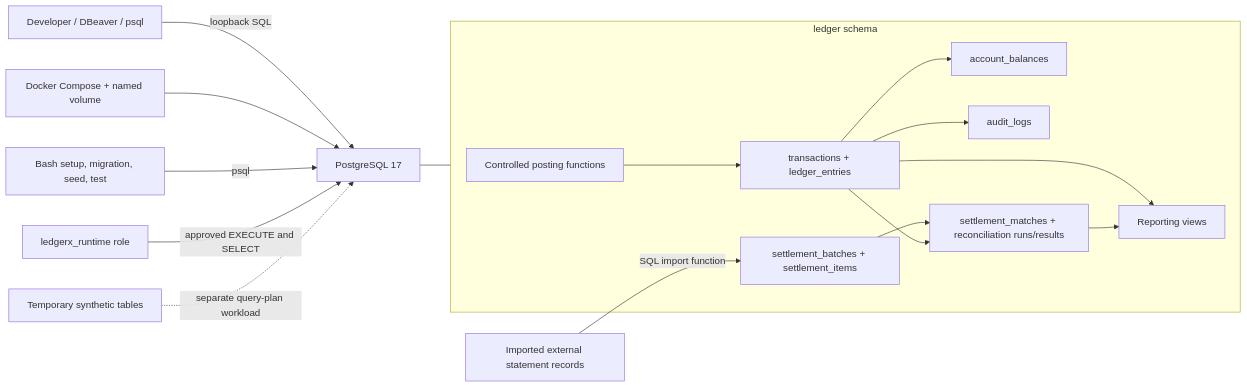
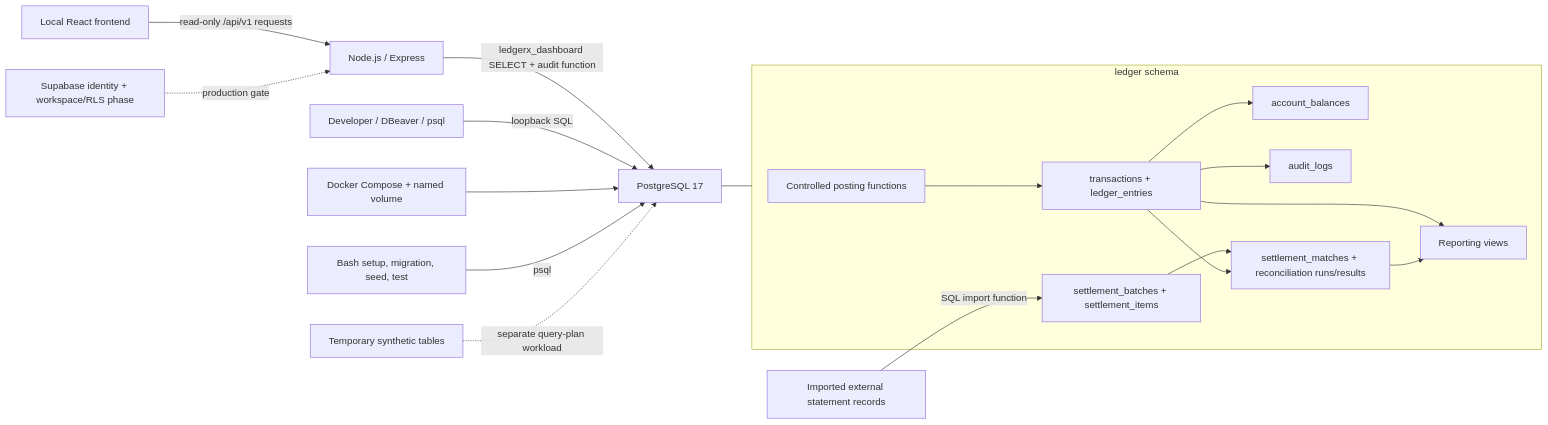
One commit to TheLucifer-07/LEDGERX changed the diagram in docs/system-architecture.md. Above: the diagram before and after it, drawn with Mermaid. The commit also changed other lines of this file and 86 other files, not shown here.

Commit message:
feat: establish Node and React platform foundation

````diff
--- a/docs/system-architecture.md
+++ b/docs/system-architecture.md
@@ -5,27 +5,29 @@
 ```mermaid
 flowchart LR
-    Operator[Developer / DBeaver / psql] -->|loopback SQL| DB[PostgreSQL 17]
+    Browser[Local React frontend] -->|read-only /api/v1 requests| API[Node.js / Express]
+    API -->|ledgerx_dashboard SELECT + audit function| DB[PostgreSQL 17]
+    Operator[Developer / DBeaver / psql] -->|loopback SQL| DB
     Compose[Docker Compose + named volume] --> DB
     Scripts[Bash setup, migration, seed, test] -->|psql| DB
-    Runtime[ledgerx_runtime role] -->|approved EXECUTE and SELECT| DB
 
     subgraph LedgerSchema[ledger schema]
         Operations[Controlled posting functions]
         Journal[transactions + ledger_entries]
         Projection[account_balances]
         Audit[audit_logs]
         Statement[settlement_batches + settlement_items]
         Results[settlement_matches + reconciliation runs/results]
         Views[Reporting views]
         Operations --> Journal
         Journal --> Projection
         Journal --> Audit
         Statement --> Results
         Journal --> Results
         Journal --> Views
         Results --> Views
     end
     DB --- LedgerSchema
     External[Imported external statement records] -->|SQL import function| Statement
     Benchmark[Temporary synthetic tables] -. separate query-plan workload .-> DB
+    Auth[Supabase identity + workspace/RLS phase] -. production gate .-> API
 ```
````
